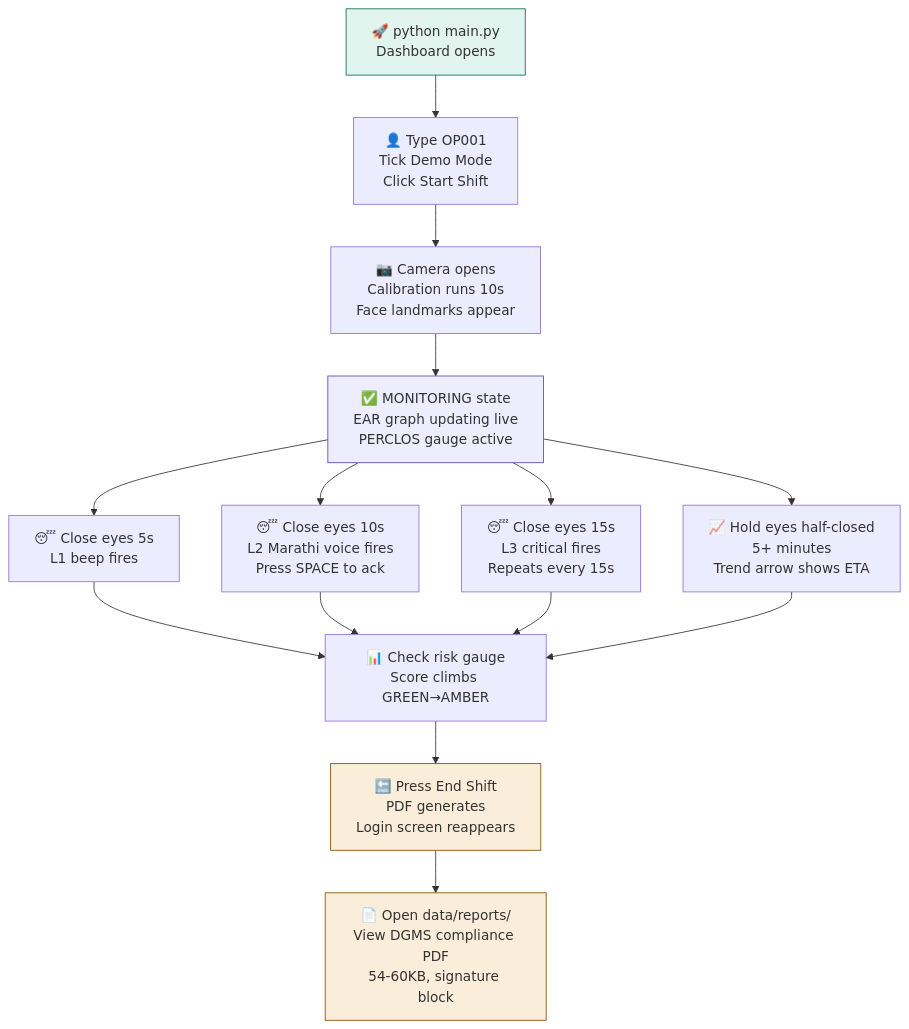
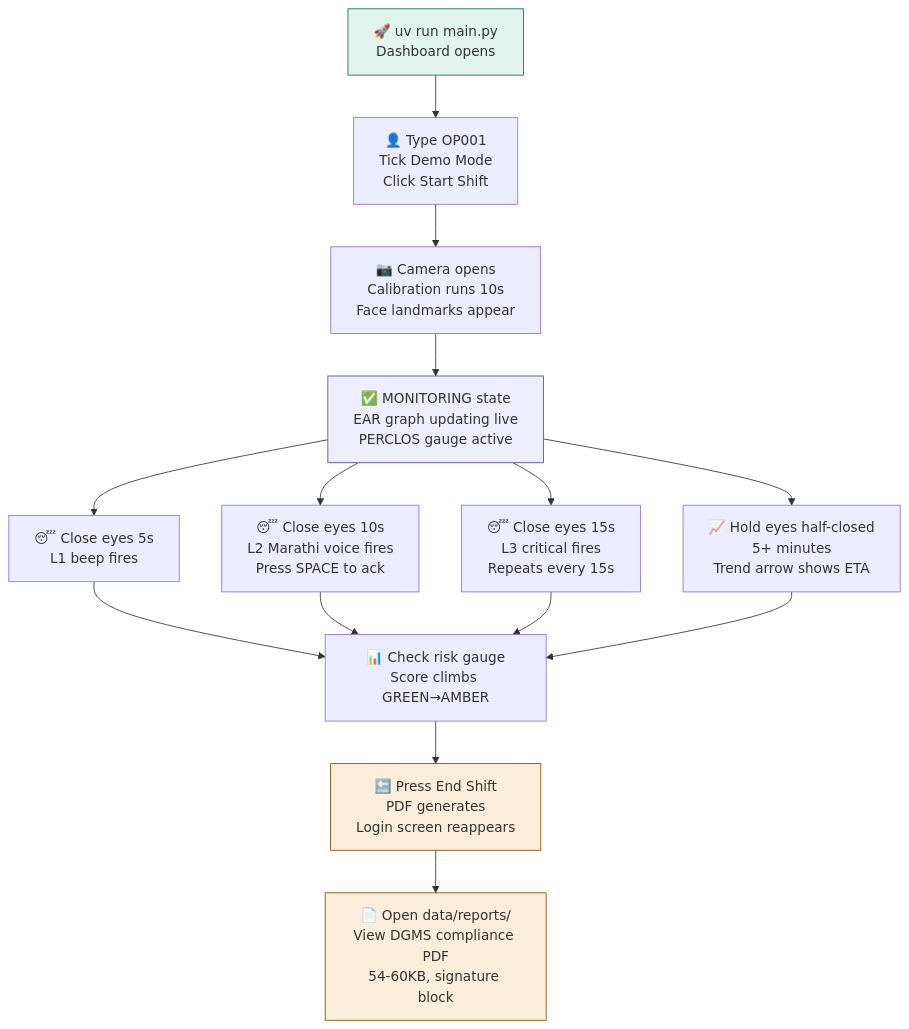
Before and after one commit to amitryedage/Innovate-2027: diagram 12 of 14 in README.md, drawn with Mermaid. The commit also changed other lines of this file and 32 other files, not shown here.

````diff
--- a/README.md
+++ b/README.md
@@ -629,21 +629,21 @@
 ```mermaid
 flowchart TD
-    A["🚀 python main.py\nDashboard opens"] --> B["👤 Type OP001\nTick Demo Mode\nClick Start Shift"]
+    A["🚀 uv run main.py\nDashboard opens"] --> B["👤 Type OP001\nTick Demo Mode\nClick Start Shift"]
     B --> C["📷 Camera opens\nCalibration runs 10s\nFace landmarks appear"]
     C --> D["✅ MONITORING state\nEAR graph updating live\nPERCLOS gauge active"]
     D --> E1["😴 Close eyes 5s\nL1 beep fires"]
     D --> E2["😴 Close eyes 10s\nL2 Marathi voice fires\nPress SPACE to ack"]
     D --> E3["😴 Close eyes 15s\nL3 critical fires\nRepeats every 15s"]
     D --> E4["📈 Hold eyes half-closed\n5+ minutes\nTrend arrow shows ETA"]
     E1 --> F["📊 Check risk gauge\nScore climbs GREEN→AMBER"]
     E2 --> F
     E3 --> F
     E4 --> F
     F --> G["🔚 Press End Shift\nPDF generates\nLogin screen reappears"]
     G --> H["📄 Open data/reports/\nView DGMS compliance PDF\n54-60KB, signature block"]
 
     style A fill:#E1F5EE,stroke:#0F6E56
     style D fill:#EEEDFE,stroke:#534AB7
     style G fill:#FAEEDA,stroke:#854F0B
     style H fill:#FAEEDA,stroke:#854F0B
 ```
````
